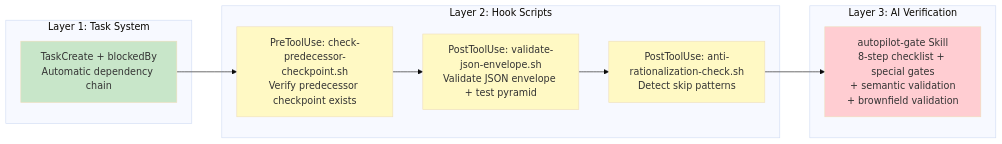
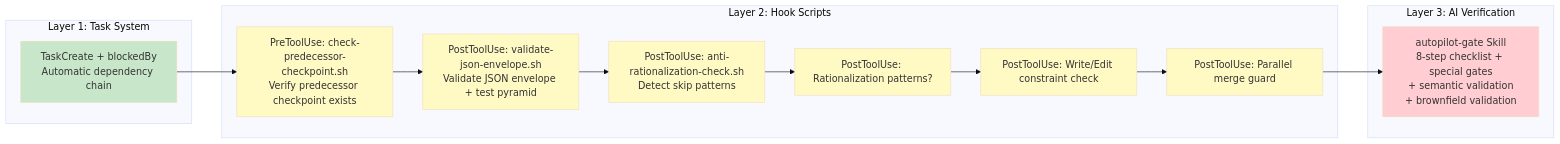
One commit to lorainwings/claude-autopilot changed the second of 4 diagrams in plugins/spec-autopilot/README.md. Above: the diagram before and after it, drawn with Mermaid (base theme). The commit also changed other lines of this file and 10 other files, not shown here.

````diff
--- a/plugins/spec-autopilot/README.md
+++ b/plugins/spec-autopilot/README.md
@@ -58,27 +65,36 @@
 ```mermaid
 graph LR
     subgraph "Layer 1: Task System"
         L1[TaskCreate + blockedBy<br/>Automatic dependency chain]
     end
 
     subgraph "Layer 2: Hook Scripts"
         L2A[PreToolUse: check-predecessor-checkpoint.sh<br/>Verify predecessor checkpoint exists]
         L2B[PostToolUse: validate-json-envelope.sh<br/>Validate JSON envelope + test pyramid]
         L2C[PostToolUse: anti-rationalization-check.sh<br/>Detect skip patterns]
+        H5[PostToolUse: Rationalization patterns?]
+        H6[PostToolUse: Write/Edit constraint check]
+        H7[PostToolUse: Parallel merge guard]
     end
 
     subgraph "Layer 3: AI Verification"
         L3[autopilot-gate Skill<br/>8-step checklist + special gates<br/>+ semantic validation<br/>+ brownfield validation]
     end
 
     L1 --> L2A
     L2A --> L2B
     L2B --> L2C
-    L2C --> L3
+    L2C --> H5
+    H5 --> H6
+    H6 --> H7
+    H7 --> L3
 
     style L1 fill:#c8e6c9
     style L2A fill:#fff9c4
     style L2B fill:#fff9c4
     style L2C fill:#fff9c4
+    style H5 fill:#fff9c4
+    style H6 fill:#fff9c4
+    style H7 fill:#fff9c4
     style L3 fill:#ffcdd2
 ```
````
